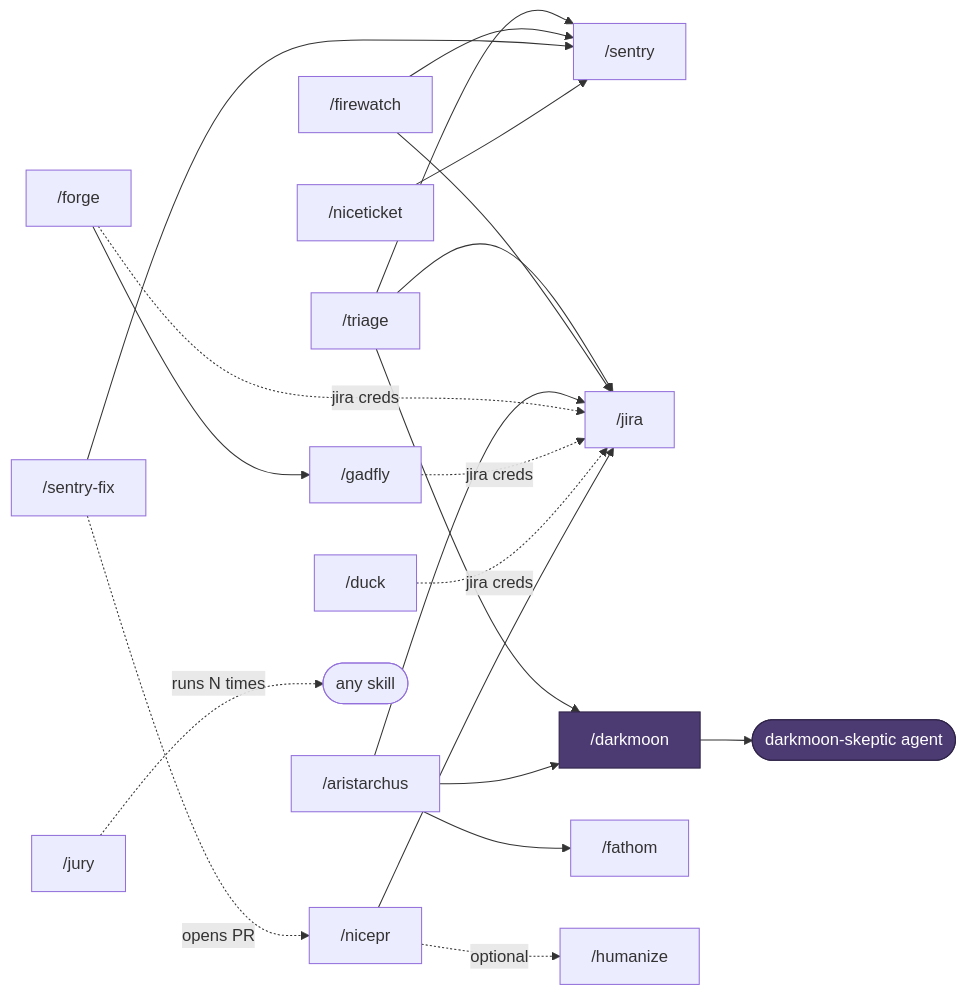
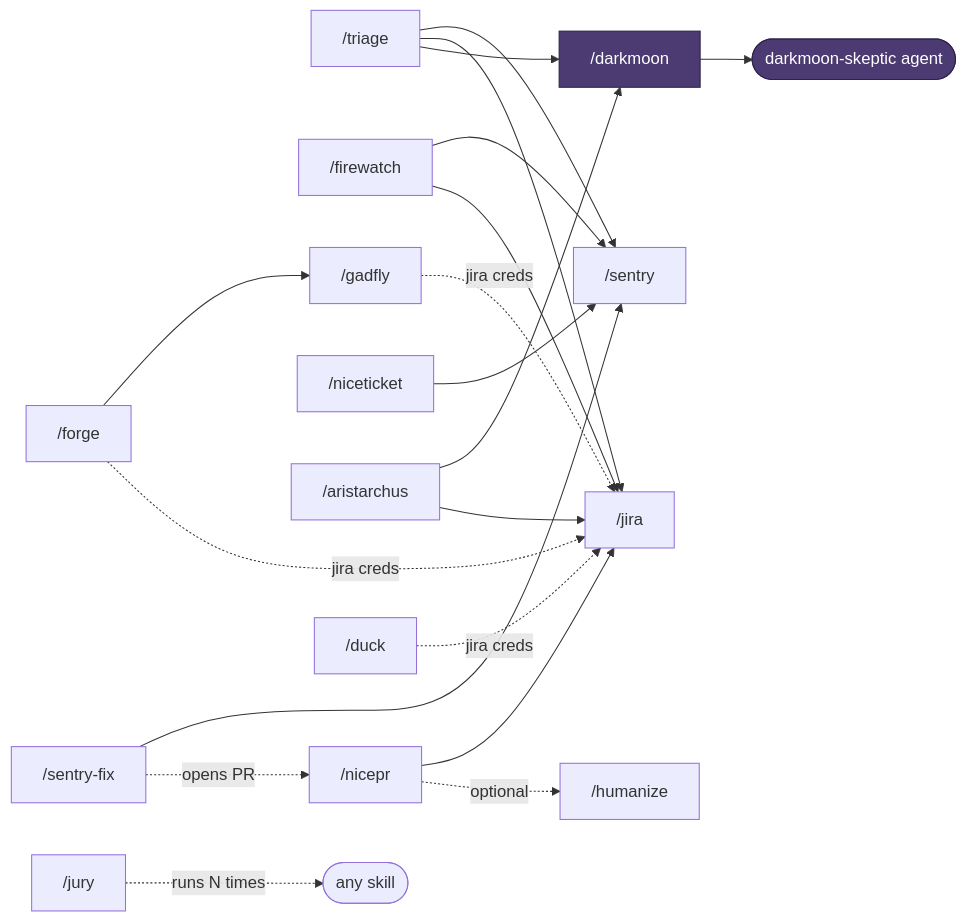
Before and after one commit to sgtlaugh/skills: the diagram in README.md, drawn with Mermaid. The commit also changed other lines of this file and 4 other files, not shown here.

````diff
--- a/README.md
+++ b/README.md
@@ -141,25 +140,24 @@
 ```mermaid
 flowchart LR
     triage["/triage"] --> sentry["/sentry"]
     triage --> jira["/jira"]
     triage --> darkmoon["/darkmoon"]
     firewatch["/firewatch"] --> sentry
     sentryfix["/sentry-fix"] --> sentry
     sentryfix -. opens PR .-> nicepr
     niceticket["/niceticket"] --> sentry
     firewatch --> jira
     aristarchus["/aristarchus"] --> darkmoon
-    aristarchus --> fathom["/fathom"]
     aristarchus --> jira
     forge["/forge"] --> gadfly["/gadfly"]
     forge -. jira creds .-> jira
     gadfly -. jira creds .-> jira
     duck["/duck"] -. jira creds .-> jira
     nicepr["/nicepr"] --> jira
     nicepr -. optional .-> humanize["/humanize"]
     jury["/jury"] -. runs N times .-> anyskill([any skill])
     darkmoon --> skeptic([darkmoon-skeptic agent])
 
     classDef verifier fill:#4c3a72,stroke:#2e2347,color:#fff
     class darkmoon,skeptic verifier
 ```
````
